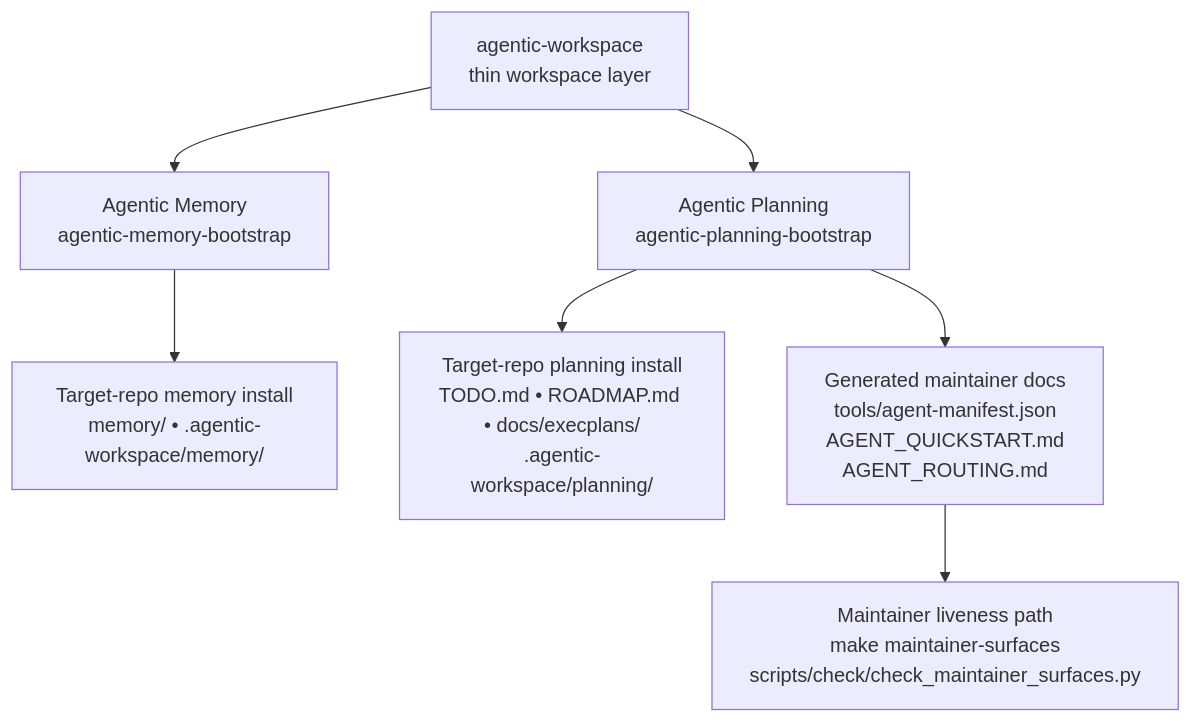
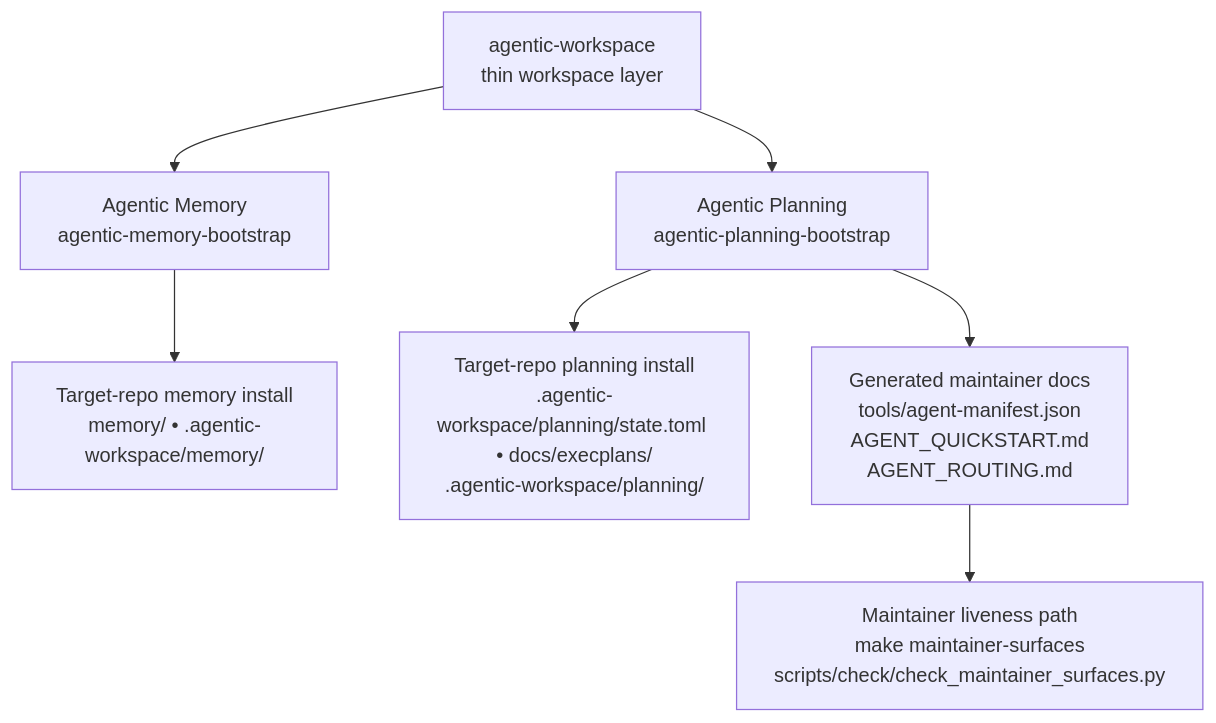
One commit to rickardvh/agentic-workspace changed the diagram in docs/architecture.md. Above: the diagram before and after it, drawn with Mermaid. The commit also changed 64 other files, not shown here.

````diff
--- a/docs/architecture.md
+++ b/docs/architecture.md
@@ -9,9 +9,9 @@
 ```mermaid
 flowchart TD
     W[agentic-workspace\nthin workspace layer] --> M[Agentic Memory\nagentic-memory-bootstrap]
     W --> P[Agentic Planning\nagentic-planning-bootstrap]
-    P --> R[Target-repo planning install\nTODO.md • ROADMAP.md • docs/execplans/\n.agentic-workspace/planning/]
+    P --> R[Target-repo planning install\n.agentic-workspace/planning/state.toml • docs/execplans/\n.agentic-workspace/planning/]
     M --> N[Target-repo memory install\nmemory/ • .agentic-workspace/memory/]
     P --> G[Generated maintainer docs\ntools/agent-manifest.json\nAGENT_QUICKSTART.md\nAGENT_ROUTING.md]
     G --> C[Maintainer liveness path\nmake maintainer-surfaces\nscripts/check/check_maintainer_surfaces.py]
 ```
````
